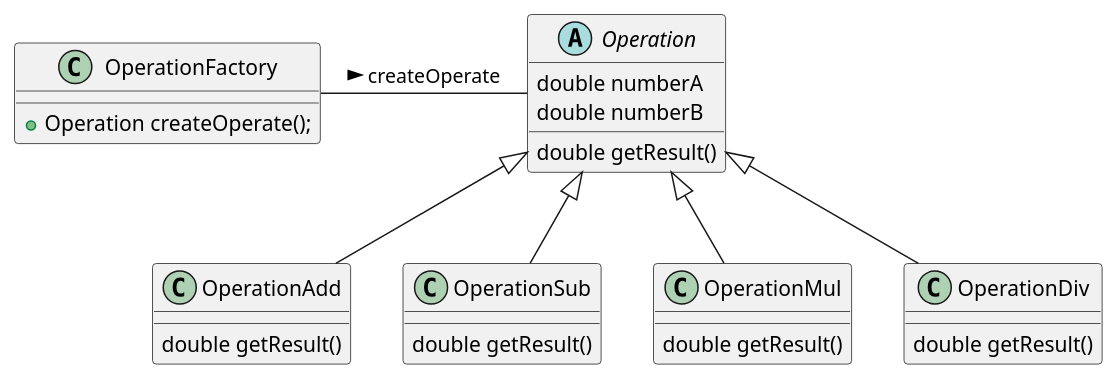
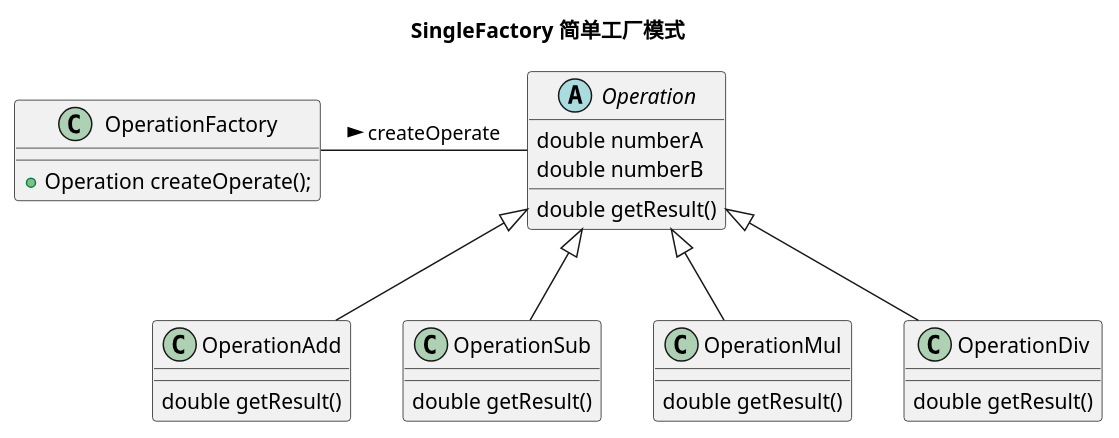
One commit to xny838754132/designPatterns changed the diagram in src/com/nai/simplefactory/uml.puml. Above: the diagram before and after it, drawn with PlantUML. The commit also changed 2 other files, not shown here.

Commit message:
desc : init uml

```diff
--- a/src/com/nai/simplefactory/uml.puml
+++ b/src/com/nai/simplefactory/uml.puml
@@ -1,28 +1,30 @@
 @startuml
 'https://plantuml.com/sequence-diagra
+
+title SingleFactory 简单工厂模式
 
 abstract class Operation{
     double numberA
     double numberB
     double getResult()
 }
 class OperationFactory{
     +Operation createOperate();
 }
 
 class OperationAdd extends Operation{
     double getResult()
 }
 class OperationSub extends Operation{
     double getResult()
 }
 class OperationMul extends Operation{
     double getResult()
 }
 class OperationDiv extends Operation{
     double getResult()
 }
 
 OperationFactory - Operation:createOperate >
 
 @enduml
```
